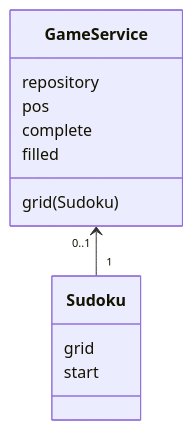
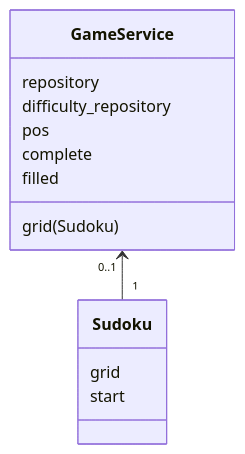
Before and after one commit to nikomakir/ot-harjoitustyo: the first of 4 diagrams in dokumentaatio/arkkitehtuuri.md, drawn with Mermaid. The commit also changed other lines of this file, not shown here.

````diff
--- a/dokumentaatio/arkkitehtuuri.md
+++ b/dokumentaatio/arkkitehtuuri.md
@@ -15,16 +15,17 @@
 ```mermaid
 classDiagram
    GameService "0..1" <-- "1" Sudoku
    class Sudoku{
     grid 
     start
    }
    class GameService{
     repository
+    difficulty_repository
     grid(Sudoku)
     pos
     complete
     filled
    }
 
 ``` 
````
